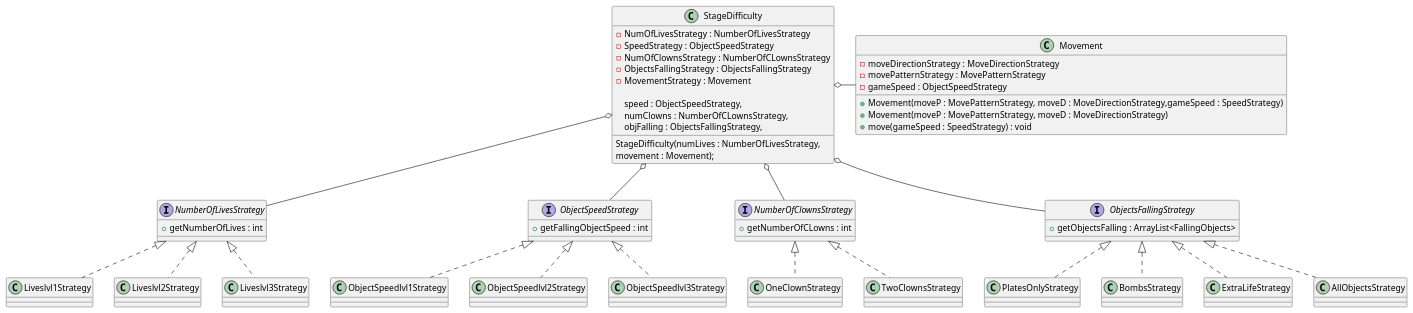
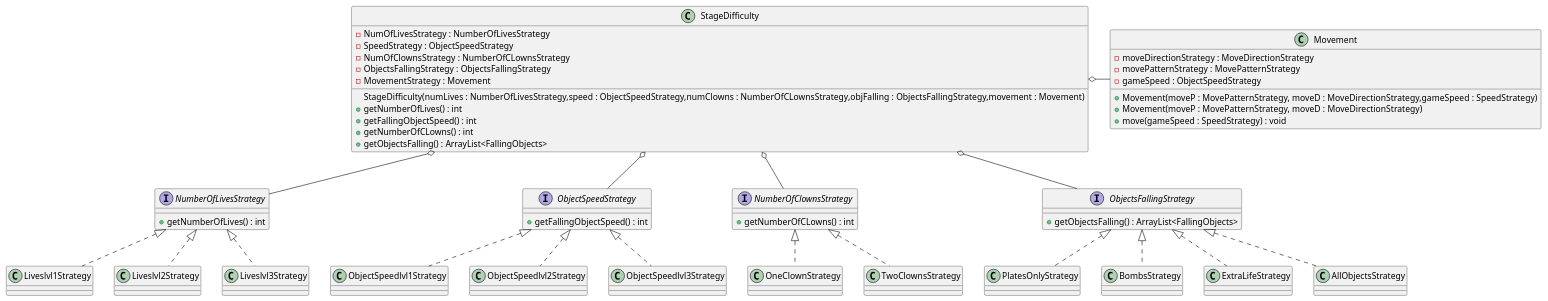
The diagram in UML/Design Patterns/DifficultyStrategy.wsd (shadyalattarr/Circus-of-Plates), drawn with PlantUML before and after one commit. The commit also changed 2 other files, not shown here.

```diff
--- a/UML/Design Patterns/DifficultyStrategy.wsd
+++ b/UML/Design Patterns/DifficultyStrategy.wsd
@@ -1,116 +1,115 @@
 @startuml DifficultyStrategy
 
 class StageDifficulty{
     -NumOfLivesStrategy : NumberOfLivesStrategy
     -SpeedStrategy : ObjectSpeedStrategy
     -NumOfClownsStrategy : NumberOfCLownsStrategy
     -ObjectsFallingStrategy : ObjectsFallingStrategy
     -MovementStrategy : Movement
-
-    StageDifficulty(numLives : NumberOfLivesStrategy,
-                    speed : ObjectSpeedStrategy,
-                    numClowns : NumberOfCLownsStrategy,
-                    objFalling : ObjectsFallingStrategy,
-                    movement : Movement);
+/'gow to make it diff lines?'/
+    StageDifficulty(numLives : NumberOfLivesStrategy,speed : ObjectSpeedStrategy,numClowns : NumberOfCLownsStrategy,objFalling : ObjectsFallingStrategy,movement : Movement)
                     /'movement sent with movementD and movementP'/
                     /'Speed made in construcotr'/
-                    
+    +getNumberOfLives() : int
+    +getFallingObjectSpeed() : int
+    +getNumberOfCLowns() : int
+    +getObjectsFalling() : ArrayList<FallingObjects>  
 }
 
 class Movement{
     -moveDirectionStrategy : MoveDirectionStrategy
     -movePatternStrategy : MovePatternStrategy
     -gameSpeed : ObjectSpeedStrategy
     +Movement(moveP : MovePatternStrategy, moveD : MoveDirectionStrategy,gameSpeed : SpeedStrategy)
     +Movement(moveP : MovePatternStrategy, moveD : MoveDirectionStrategy)
     +move(gameSpeed : SpeedStrategy) : void
 }
 
 
 interface NumberOfLivesStrategy{
-    +getNumberOfLives : int
+    +getNumberOfLives() : int
 } 
 
 interface ObjectSpeedStrategy {
-    +getFallingObjectSpeed : int
+    +getFallingObjectSpeed() : int
 }
 
 interface NumberOfClownsStrategy {
-    +getNumberOfCLowns : int
+    +getNumberOfCLowns() : int
 }
 
 interface ObjectsFallingStrategy {
-    +getObjectsFalling : ArrayList<FallingObjects>  
+    +getObjectsFalling() : ArrayList<FallingObjects>  
 }
 
 class Liveslvl1Strategy{
 
 }
 
 class Liveslvl2Strategy{
     
 }
 
 class Liveslvl3Strategy{
     
 }
 
 class ObjectSpeedlvl1Strategy{
 
 }
 
 class ObjectSpeedlvl2Strategy{
     
 }
 
 class ObjectSpeedlvl3Strategy{
     
 }
 
 class OneClownStrategy {
 
 }
 
 class TwoClownsStrategy {
     
 }
 
 class PlatesOnlyStrategy {
 
 }
 
 class BombsStrategy {
 
 }
 
 class ExtraLifeStrategy {
 
 }
 
 class AllObjectsStrategy {
 
 }
 
 StageDifficulty o- Movement
 StageDifficulty o-- NumberOfLivesStrategy
 StageDifficulty o-- ObjectSpeedStrategy
 StageDifficulty o-- NumberOfClownsStrategy
 StageDifficulty o-- ObjectsFallingStrategy
 
 NumberOfLivesStrategy <|.. Liveslvl1Strategy 
 NumberOfLivesStrategy <|.. Liveslvl2Strategy 
 NumberOfLivesStrategy <|.. Liveslvl3Strategy 
 
 ObjectSpeedStrategy <|.. ObjectSpeedlvl1Strategy 
 ObjectSpeedStrategy <|.. ObjectSpeedlvl2Strategy 
 ObjectSpeedStrategy <|.. ObjectSpeedlvl3Strategy
 
 NumberOfClownsStrategy <|.. OneClownStrategy
 NumberOfClownsStrategy <|.. TwoClownsStrategy
 
 ObjectsFallingStrategy <|.. PlatesOnlyStrategy
 ObjectsFallingStrategy <|.. BombsStrategy
 ObjectsFallingStrategy <|.. ExtraLifeStrategy
 ObjectsFallingStrategy <|.. AllObjectsStrategy
 
 @enduml
```
